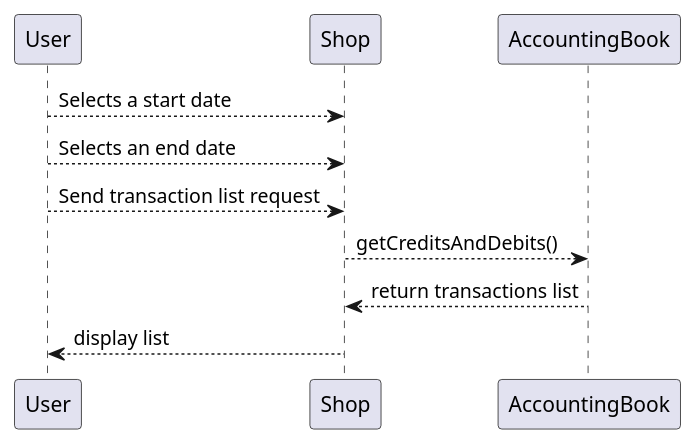
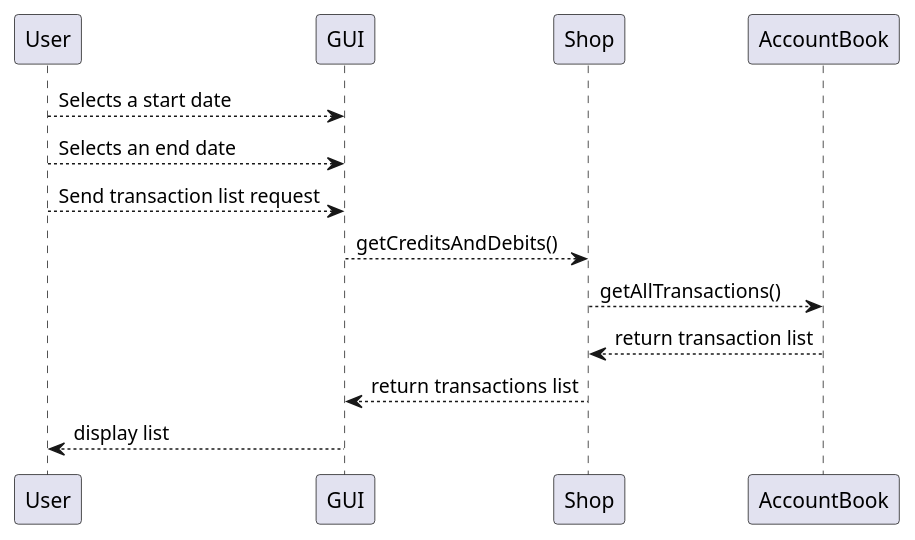
One commit to Stormz4/group20-EzShop changed diagram 17 of 19 in Deliverables/DesignDocument.md. Above: the diagram before and after it, drawn with PlantUML. The commit also changed other lines of this file, not shown here.

Commit message:
Doc: Modified sequence 9

````diff
--- a/Deliverables/DesignDocument.md
+++ b/Deliverables/DesignDocument.md
@@ -591,10 +581,12 @@
 ```plantuml
 @startuml
-User --> Shop: Selects a start date
-User --> Shop: Selects an end date
-User --> Shop: Send transaction list request
-Shop --> AccountingBook: getCreditsAndDebits()
-AccountingBook --> Shop: return transactions list
-Shop --> User: display list
+User --> GUI: Selects a start date
+User --> GUI: Selects an end date
+User --> GUI: Send transaction list request
+GUI --> Shop: getCreditsAndDebits()
+Shop --> AccountBook: getAllTransactions()
+AccountBook --> Shop: return transaction list
+Shop --> GUI: return transactions list
+GUI --> User: display list
 @enduml
 ```
````
